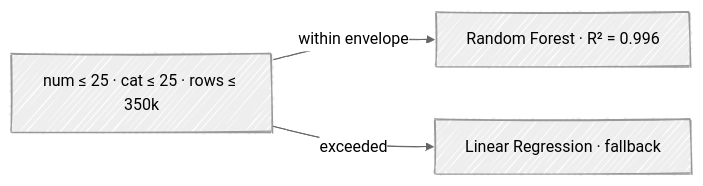
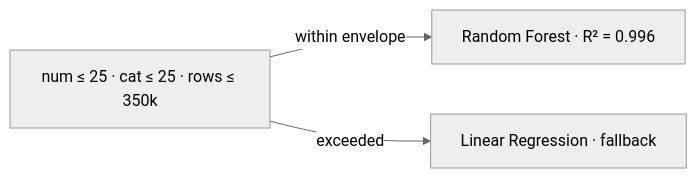
The diagram in docs/MODEL_CARD.md (lukasgro63/hollerithengeryml), drawn with Mermaid before and after one commit. The commit also changed 2 other files, not shown here.

Commit message:
Remove handDrawn look from Mermaid diagrams
The hatching/crosshatch pattern from Mermaid's handDrawn renderer made
text unreadable on GitHub dark mode. Plain neutral theme with clean
boxes and lines.

````diff
--- a/docs/MODEL_CARD.md
+++ b/docs/MODEL_CARD.md
@@ -31,9 +31,9 @@
 ```mermaid
-%%{init: {'look': 'handDrawn', 'theme': 'neutral'}}%%
+%%{init: {'theme': 'neutral'}}%%
 graph LR
     input[num ≤ 25 · cat ≤ 25 · rows ≤ 350k]
     rf[Random Forest · R² = 0.996]
     lr[Linear Regression · fallback]
     input -- within envelope --> rf
     input -- exceeded --> lr
 ```
````
